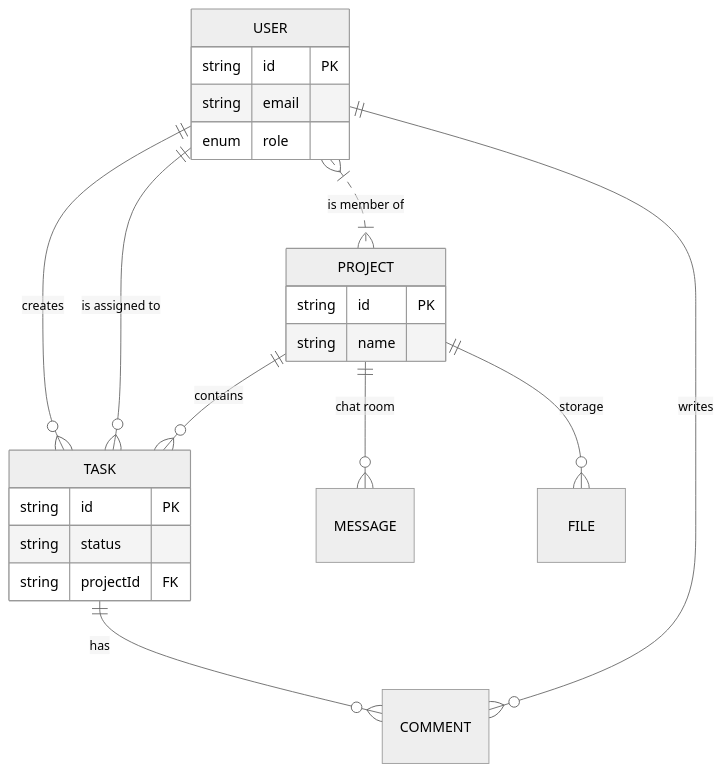
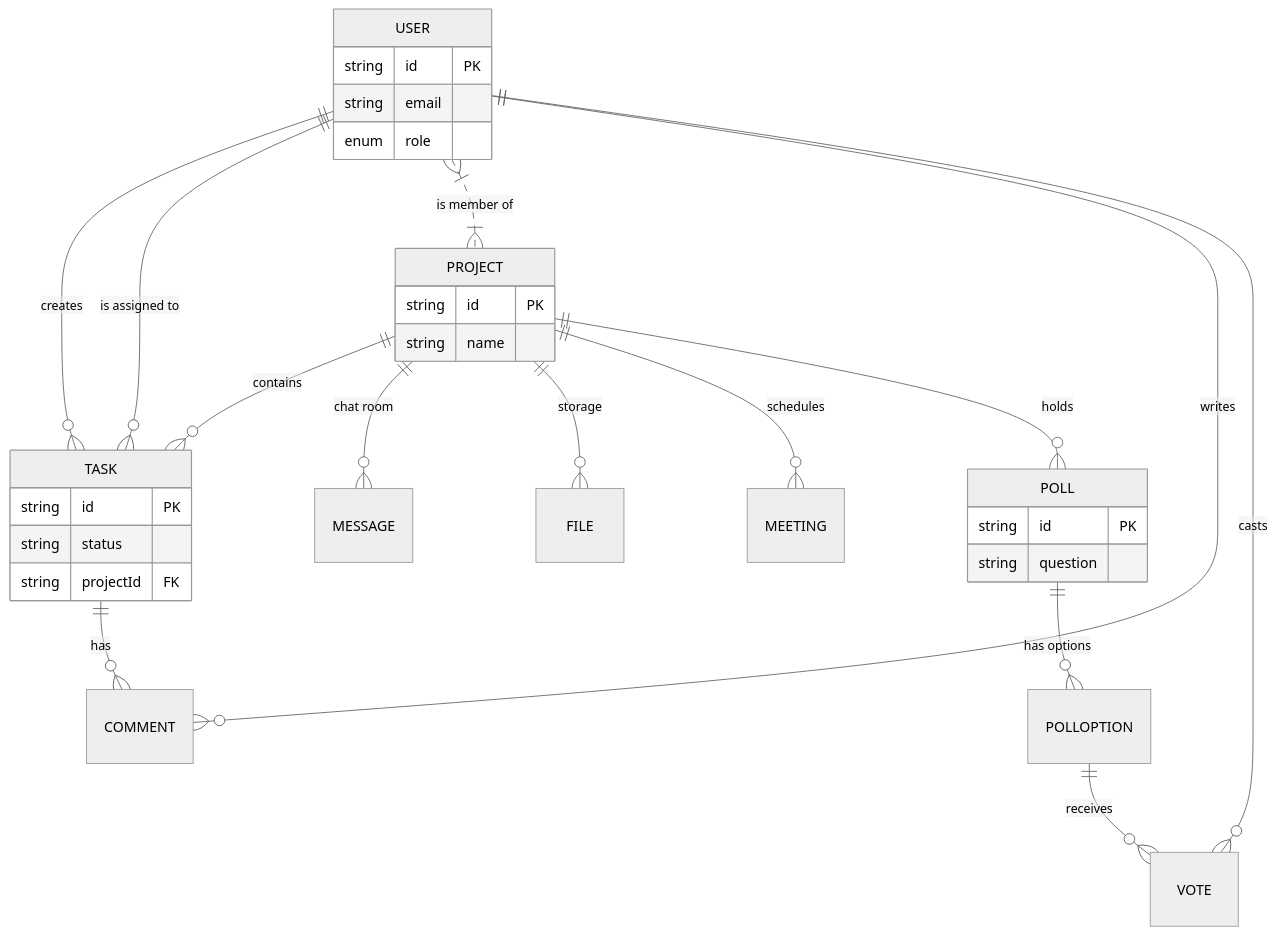
One commit to vishwajit15-git/Team-Task-Manager changed the diagram in INFO_FOLDER/schema.prisma.md. Above: the diagram before and after it, drawn with Mermaid (neutral theme). The commit also changed 23 other files, not shown here.

````diff
--- a/INFO_FOLDER/schema.prisma.md
+++ b/INFO_FOLDER/schema.prisma.md
@@ -90,26 +90,35 @@
 ```mermaid
 erDiagram
     USER ||--o{ TASK : "creates"
     USER ||--o{ TASK : "is assigned to"
     USER }|..|{ PROJECT : "is member of"
     PROJECT ||--o{ TASK : "contains"
     TASK ||--o{ COMMENT : "has"
     USER ||--o{ COMMENT : "writes"
     PROJECT ||--o{ MESSAGE : "chat room"
     PROJECT ||--o{ FILE : "storage"
+    PROJECT ||--o{ MEETING : "schedules"
+    PROJECT ||--o{ POLL : "holds"
+    POLL ||--o{ POLLOPTION : "has options"
+    USER ||--o{ VOTE : "casts"
+    POLLOPTION ||--o{ VOTE : "receives"
     
     USER {
         string id PK
         string email
         enum role
     }
     PROJECT {
         string id PK
         string name
     }
     TASK {
         string id PK
         string status
         string projectId FK
     }
+    POLL {
+        string id PK
+        string question
+    }
 ```
````
